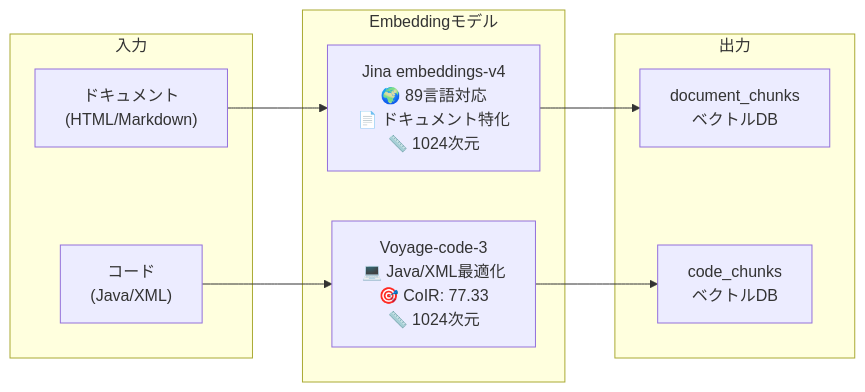
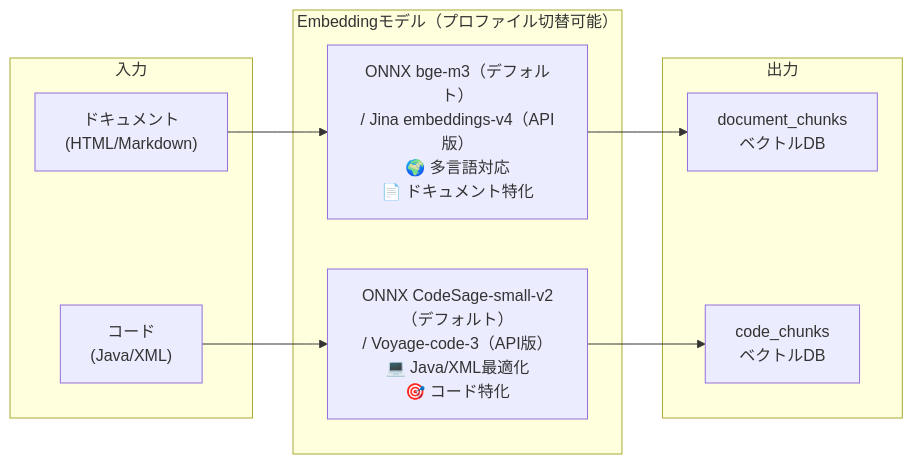
Before and after one commit to kumagoro1202/nablarch-mcp-server: the first of 5 diagrams in docs/articles/07-rag-pipeline-deep-dive.md, drawn with Mermaid. The commit also changed other lines of this file and 9 other files, not shown here.

````diff
--- a/docs/articles/07-rag-pipeline-deep-dive.md
+++ b/docs/articles/07-rag-pipeline-deep-dive.md
@@ -71,22 +71,22 @@
 ```mermaid
 graph LR
     subgraph Input["入力"]
         DOC["ドキュメント<br/>(HTML/Markdown)"]
         CODE["コード<br/>(Java/XML)"]
     end
 
-    subgraph Models["Embeddingモデル"]
-        JINA["Jina embeddings-v4<br/>🌍 89言語対応<br/>📄 ドキュメント特化<br/>📏 1024次元"]
-        VOYAGE["Voyage-code-3<br/>💻 Java/XML最適化<br/>🎯 CoIR: 77.33<br/>📏 1024次元"]
+    subgraph Models["Embeddingモデル（プロファイル切替可能）"]
+        JINA["ONNX bge-m3（デフォルト）<br/>/ Jina embeddings-v4（API版）<br/>🌍 多言語対応<br/>📄 ドキュメント特化"]
+        VOYAGE["ONNX CodeSage-small-v2（デフォルト）<br/>/ Voyage-code-3（API版）<br/>💻 Java/XML最適化<br/>🎯 コード特化"]
     end
 
     subgraph Output["出力"]
         DC["document_chunks<br/>ベクトルDB"]
         CC["code_chunks<br/>ベクトルDB"]
     end
 
     DOC --> JINA
     CODE --> VOYAGE
     JINA --> DC
     VOYAGE --> CC
 ```
````
